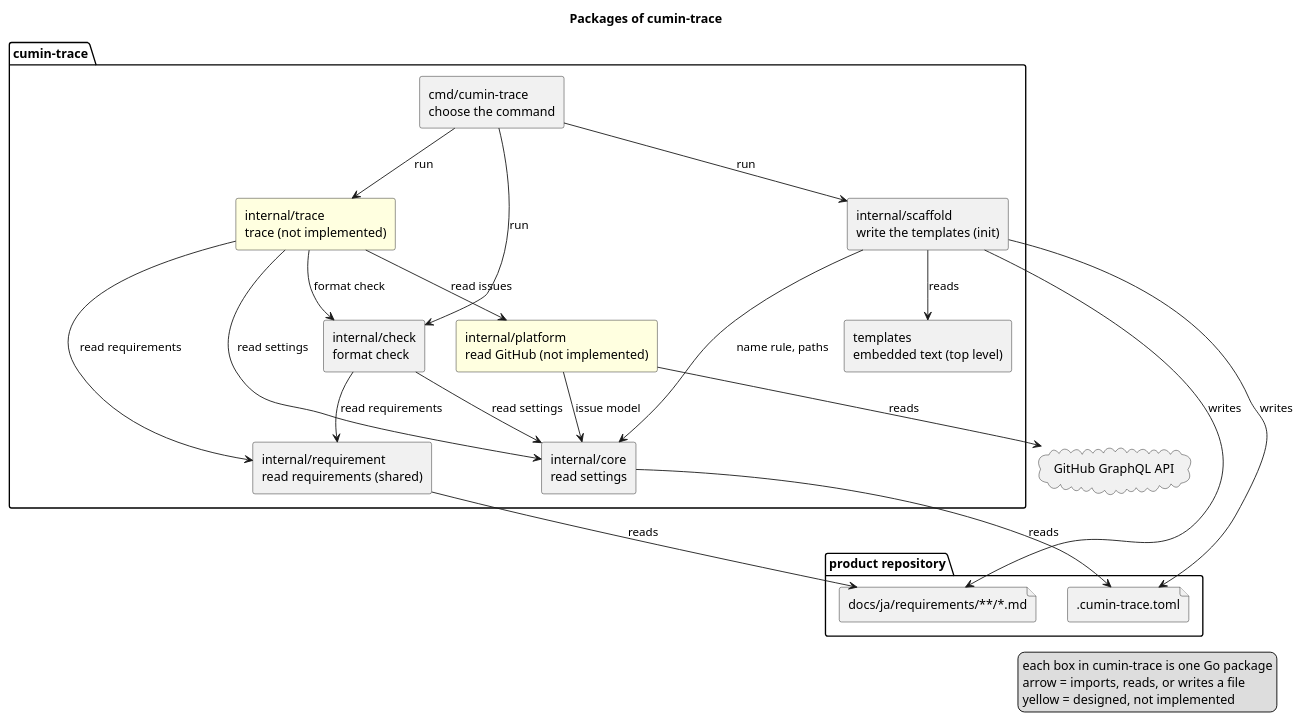
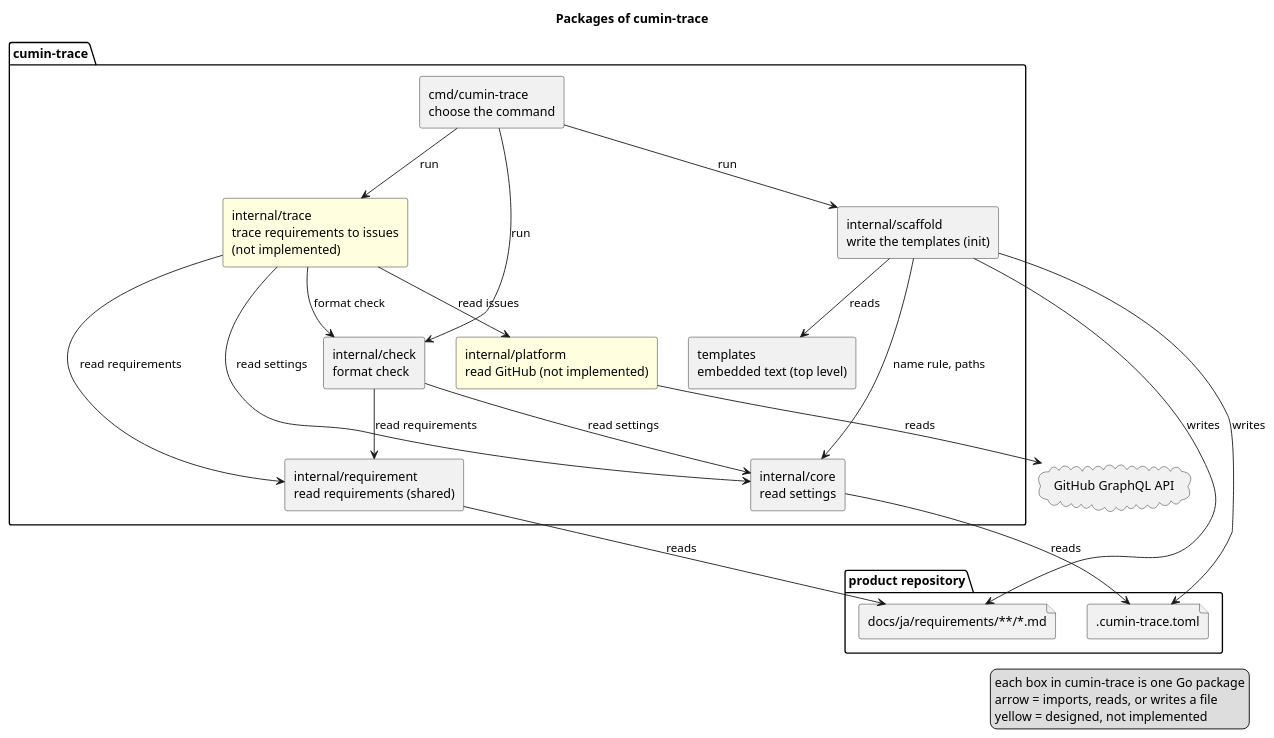
The diagram in docs/ja/architecture/overview.puml (cloveclovedev/cumin-trace), drawn with PlantUML before and after one commit. The commit also changed 12 other files, not shown here.

First line of the commit message:
docs(designs): keep the issue models in the trace and name both sides of the trace

```diff
--- a/docs/ja/architecture/overview.puml
+++ b/docs/ja/architecture/overview.puml
@@ -1,47 +1,46 @@
 @startuml overview
 title Packages of cumin-trace
 skinparam shadowing false
 skinparam componentStyle rectangle
 
 package "product repository" {
   file ".cumin-trace.toml" as toml
   file "docs/ja/requirements/**/*.md" as docs
 }
 
 package "cumin-trace" {
   [cmd/cumin-trace\nchoose the command] as cmd
   [internal/check\nformat check] as check
   [internal/requirement\nread requirements (shared)] as requirement
   [internal/core\nread settings] as core
   [internal/scaffold\nwrite the templates (init)] as scaffold
   [templates\nembedded text (top level)] as templates
-  [internal/trace\ntrace (not implemented)] as trace #LightYellow
+  [internal/trace\ntrace requirements to issues\n(not implemented)] as trace #LightYellow
   [internal/platform\nread GitHub (not implemented)] as platform #LightYellow
 }
 
 cloud "GitHub GraphQL API" as api
 
 cmd --> check : run
 cmd --> scaffold : run
 cmd --> trace : run
 trace --> check : format check
 trace --> requirement : read requirements
 trace --> core : read settings
 trace --> platform : read issues
-platform --> core : issue model
 platform --> api : reads
 scaffold --> templates : reads
 scaffold --> core : name rule, paths
 scaffold --> toml : writes
 scaffold --> docs : writes
 check --> requirement : read requirements
 check --> core : read settings
 core --> toml : reads
 requirement --> docs : reads
 
 legend right
   each box in cumin-trace is one Go package
   arrow = imports, reads, or writes a file
   yellow = designed, not implemented
 endlegend
 @enduml
```
